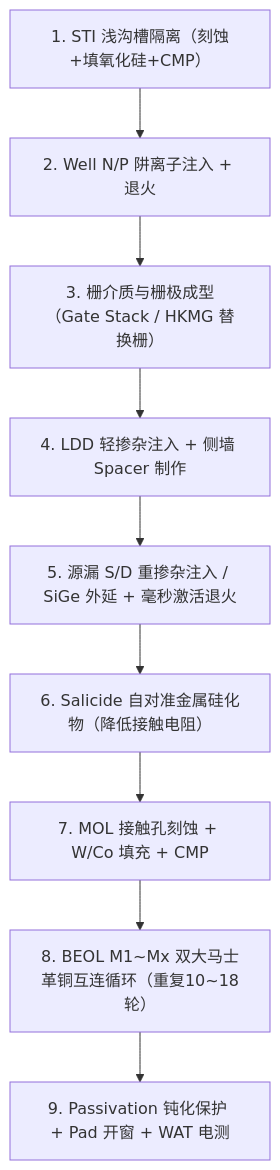
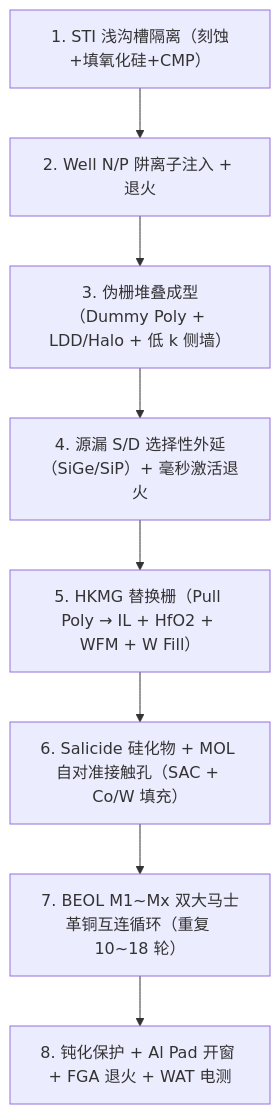
Before and after one commit to xinjing-MD/wafer-fab-handbook: the diagram in 04_工艺整合与节点/01_CMOS全流程串联/笔记/01_CMOS全流程串联与重入流转.md, drawn with Mermaid. The commit also changed other lines of this file and 54 other files, not shown here.

````diff
--- a/04_工艺整合与节点/01_CMOS全流程串联/笔记/01_CMOS全流程串联与重入流转.md
+++ b/04_工艺整合与节点/01_CMOS全流程串联/笔记/01_CMOS全流程串联与重入流转.md
@@ -15,11 +45,10 @@
 ```mermaid
 flowchart TD
     A["1. STI 浅沟槽隔离（刻蚀+填氧化硅+CMP）"] --> B["2. Well N/P 阱离子注入 + 退火"]
-    B --> C["3. 栅介质与栅极成型（Gate Stack / HKMG 替换栅）"]
-    C --> D["4. LDD 轻掺杂注入 + 侧墙 Spacer 制作"]
-    D --> E["5. 源漏 S/D 重掺杂注入 / SiGe 外延 + 毫秒激活退火"]
-    E --> F["6. Salicide 自对准金属硅化物（降低接触电阻）"]
-    F --> G["7. MOL 接触孔刻蚀 + W/Co 填充 + CMP"]
-    G --> H["8. BEOL M1~Mx 双大马士革铜互连循环（重复10~18轮）"]
-    H --> I["9. Passivation 钝化保护 + Pad 开窗 + WAT 电测"]
+    B --> C["3. 伪栅堆叠成型（Dummy Poly + LDD/Halo + 低 k 侧墙）"]
+    C --> D["4. 源漏 S/D 选择性外延（SiGe/SiP）+ 毫秒激活退火"]
+    D --> E["5. HKMG 替换栅（Pull Poly → IL + HfO2 + WFM + W Fill）"]
+    E --> F["6. Salicide 硅化物 + MOL 自对准接触孔（SAC + Co/W 填充）"]
+    F --> G["7. BEOL M1~Mx 双大马士革铜互连循环（重复 10~18 轮）"]
+    G --> H["8. 钝化保护 + Al Pad 开窗 + FGA 退火 + WAT 电测"]
 ```
````
